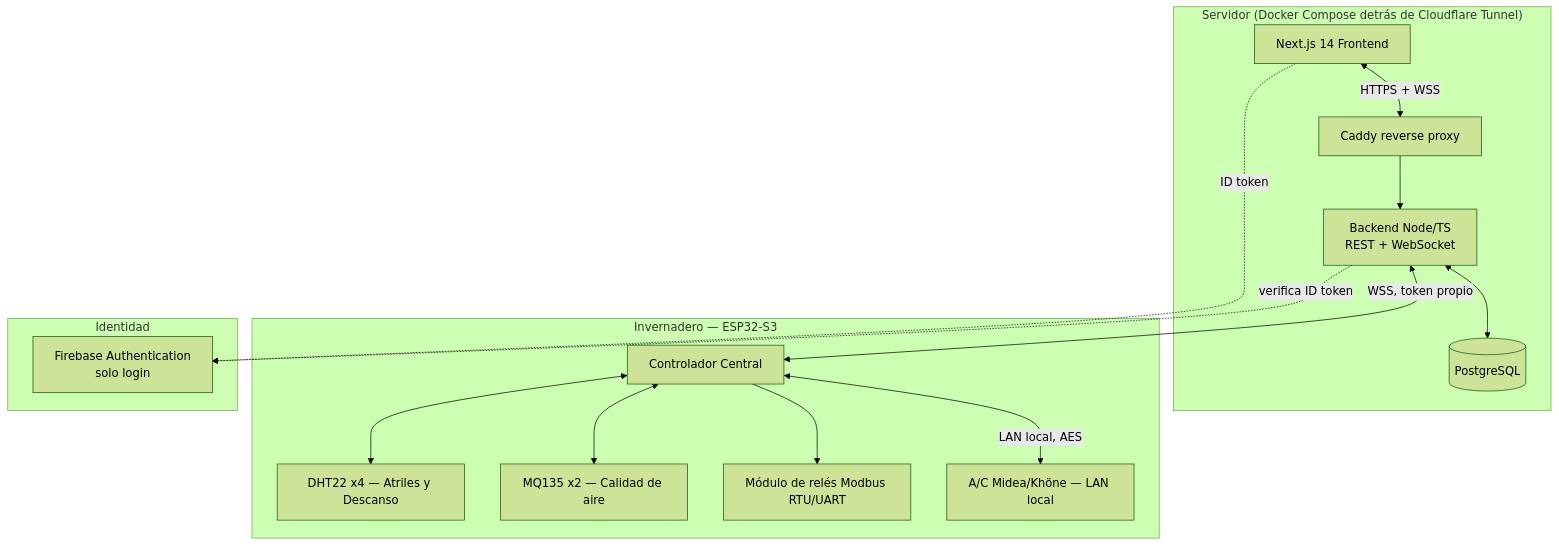
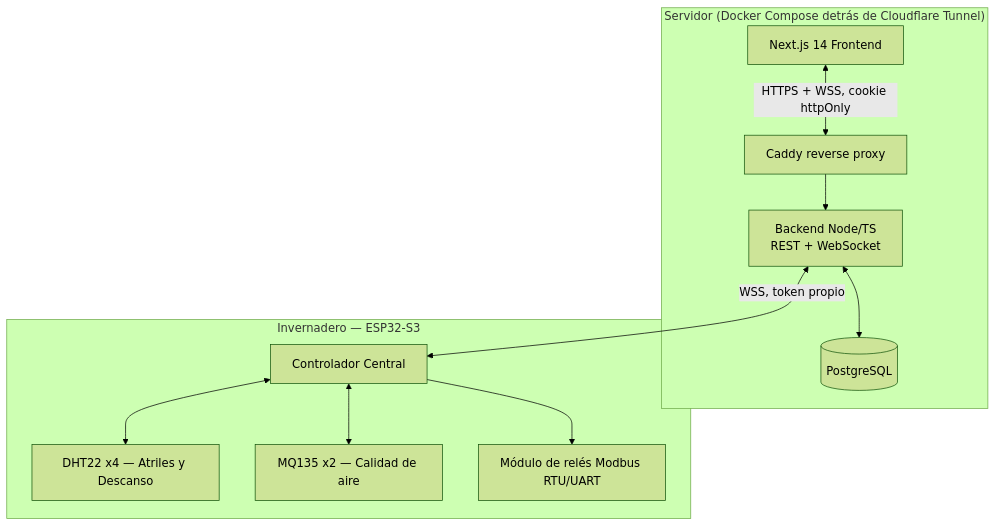
Before and after one commit to GerAjeno/Shiitake-Lindo-V2: the diagram in README.md, drawn with Mermaid (forest theme). The commit also changed other lines of this file and 49 other files, not shown here.

````diff
--- a/README.md
+++ b/README.md
@@ -19,32 +19,24 @@
 ```mermaid
 graph TD
     subgraph "Servidor (Docker Compose detrás de Cloudflare Tunnel)"
         FE[Next.js 14 Frontend]
         BE[Backend Node/TS<br/>REST + WebSocket]
         PG[(PostgreSQL)]
         CD[Caddy reverse proxy]
     end
 
     subgraph "Invernadero — ESP32-S3"
         CTRL[Controlador Central]
         DHT[DHT22 x4 — Atriles y Descanso]
         MQ[MQ135 x2 — Calidad de aire]
         RELE[Módulo de relés Modbus RTU/UART]
-        AC[A/C Midea/Khöne — LAN local]
     end
 
-    subgraph Identidad
-        FB[Firebase Authentication<br/>solo login]
-    end
-
-    FE <-->|HTTPS + WSS| CD
+    FE <-->|HTTPS + WSS, cookie httpOnly| CD
     CD --> BE
     BE <--> PG
     BE <-->|WSS, token propio| CTRL
-    FE -.->|ID token| FB
-    BE -.->|verifica ID token| FB
     CTRL <--> DHT
     CTRL <--> MQ
     CTRL --> RELE
-    CTRL <-->|LAN local, AES| AC
 ```
````
